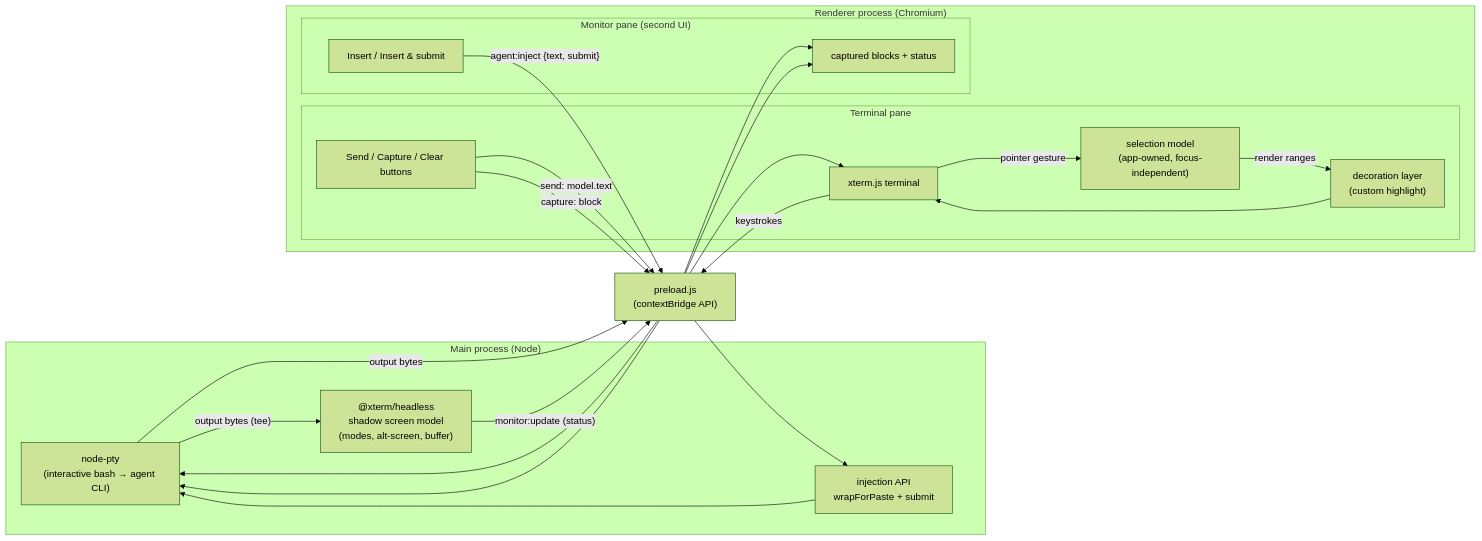
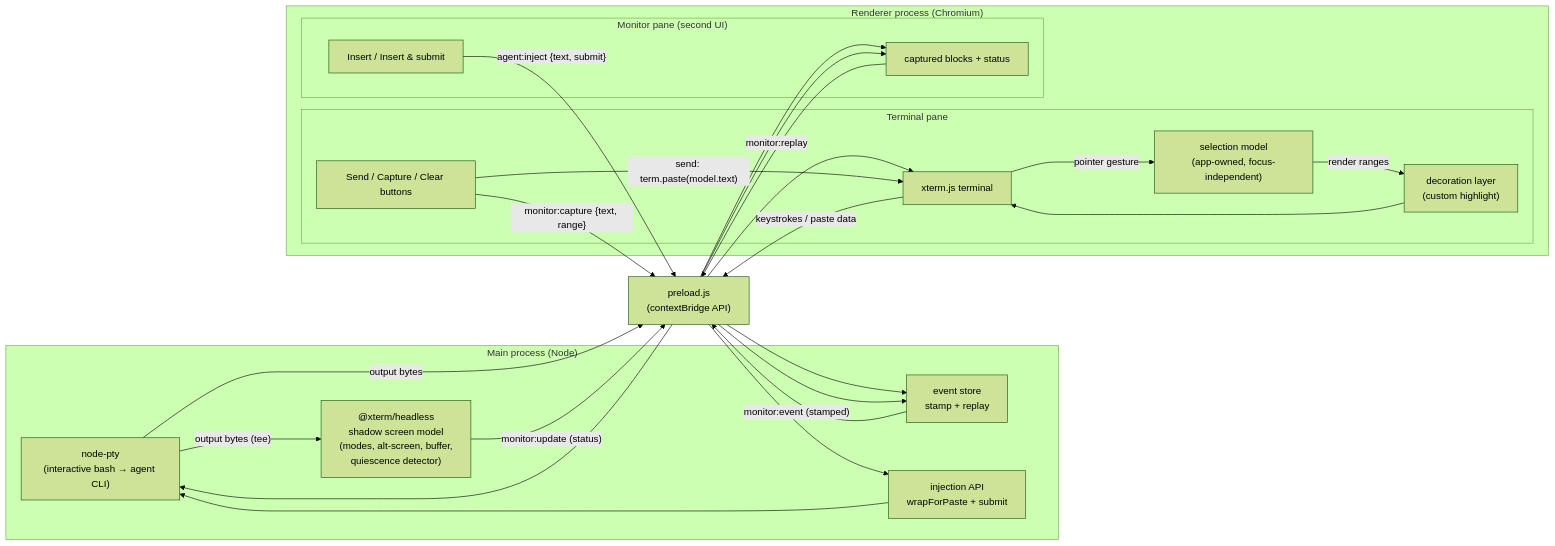
The diagram in terminal-web-ui-spec.md (dylanb/agent-terminal), drawn with Mermaid (forest theme) before and after one commit. The commit also changed other lines of this file and 29 other files, not shown here.

````diff
--- a/terminal-web-ui-spec.md
+++ b/terminal-web-ui-spec.md
@@ -77,31 +78,34 @@
 ```mermaid
 flowchart LR
     subgraph Main["Main process (Node)"]
-        PTY["node-pty\n(interactive bash → agent CLI)"]
-        SHADOW["@xterm/headless\nshadow screen model\n(modes, alt-screen, buffer)"]
-        INJ["injection API\nwrapForPaste + submit"]
+        PTY["node-pty<br/>(interactive bash → agent CLI)"]
+        SHADOW["@xterm/headless<br/>shadow screen model<br/>(modes, alt-screen, buffer,<br/>quiescence detector)"]
+        STORE["event store<br/>stamp + replay"]
+        INJ["injection API<br/>wrapForPaste + submit"]
     end
     subgraph Renderer["Renderer process (Chromium)"]
         subgraph TermPane["Terminal pane"]
             XT["xterm.js terminal"]
-            SELMODEL["selection model\n(app-owned, focus-independent)"]
-            DECO["decoration layer\n(custom highlight)"]
+            SELMODEL["selection model<br/>(app-owned, focus-independent)"]
+            DECO["decoration layer<br/>(custom highlight)"]
             BTN["Send / Capture / Clear buttons"]
         end
         subgraph MonPane["Monitor pane (second UI)"]
             LIST["captured blocks + status"]
             ACT["Insert / Insert & submit"]
         end
     end
-    Preload["preload.js\n(contextBridge API)"]
+    Preload["preload.js<br/>(contextBridge API)"]
 
     PTY -- "output bytes (tee)" --> SHADOW
     PTY -- "output bytes" --> Preload --> XT
-    XT -- "keystrokes" --> Preload --> PTY
+    XT -- "keystrokes / paste data" --> Preload --> PTY
     XT -- "pointer gesture" --> SELMODEL
     SELMODEL -- "render ranges" --> DECO --> XT
-    BTN -- "send: model.text" --> Preload --> PTY
-    BTN -- "capture: block" --> Preload --> LIST
+    BTN -- "send: term.paste(model.text)" --> XT
+    BTN -- "monitor:capture {text, range}" --> Preload --> STORE
+    STORE -- "monitor:event (stamped)" --> Preload --> LIST
+    LIST -- "monitor:replay" --> Preload --> STORE
     SHADOW -- "monitor:update (status)" --> Preload --> LIST
     ACT -- "agent:inject {text, submit}" --> Preload --> INJ --> PTY
 ```
````
